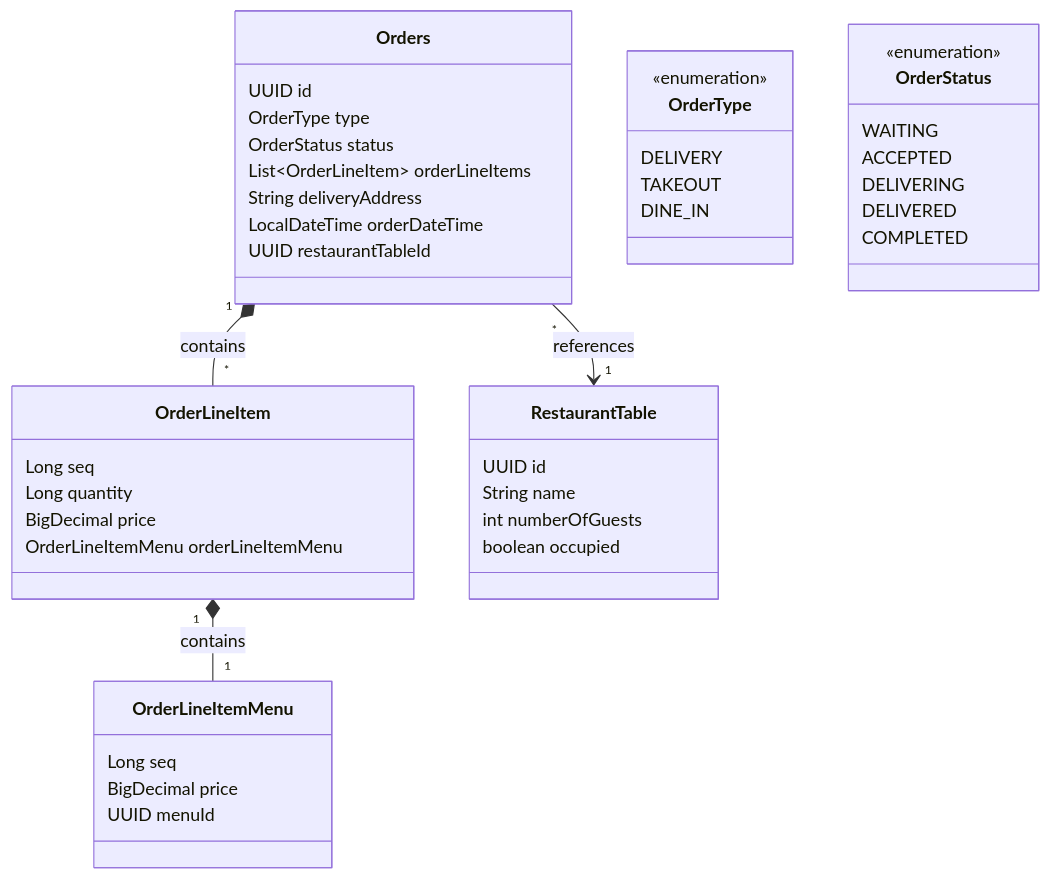
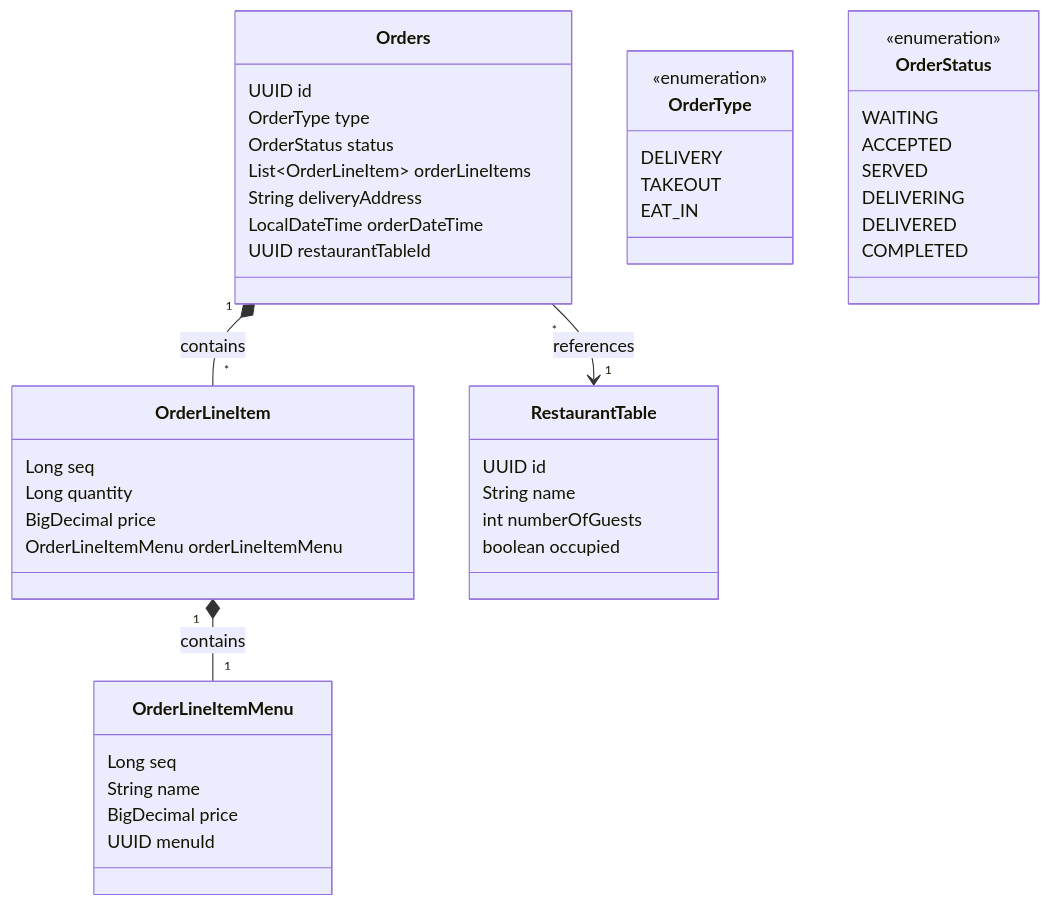
Before and after one commit to next-step/ddd-strategic-design: the eighth of 33 diagrams in README.md, drawn with Mermaid. The commit also changed other lines of this file, not shown here.

````diff
--- a/README.md
+++ b/README.md
@@ -315,55 +429,50 @@
 ```mermaid
 classDiagram
     class Orders {
         UUID id
         OrderType type
         OrderStatus status
         List~OrderLineItem~ orderLineItems
         String deliveryAddress
         LocalDateTime orderDateTime
         UUID restaurantTableId
     }
-
     class OrderLineItem {
         Long seq
         Long quantity
         BigDecimal price
         OrderLineItemMenu orderLineItemMenu
     }
-
     class OrderLineItemMenu {
         Long seq
+        String name
         BigDecimal price
         UUID menuId
     }
-
     class RestaurantTable {
         UUID id
         String name
         int numberOfGuests
         boolean occupied
     }
-
     %% 열거형 정의
     class OrderType {
         <<enumeration>>
         DELIVERY
         TAKEOUT
-        DINE_IN
+        EAT_IN
     }
-
     class OrderStatus {
         <<enumeration>>
         WAITING
         ACCEPTED
+        SERVED
         DELIVERING
         DELIVERED
         COMPLETED
     }
-
     %% 관계 정의
     Orders "*" --> "1" RestaurantTable : references
     Orders "1" *-- "*" OrderLineItem : contains
     OrderLineItem "1" *-- "1" OrderLineItemMenu : contains
-
 ```
````
